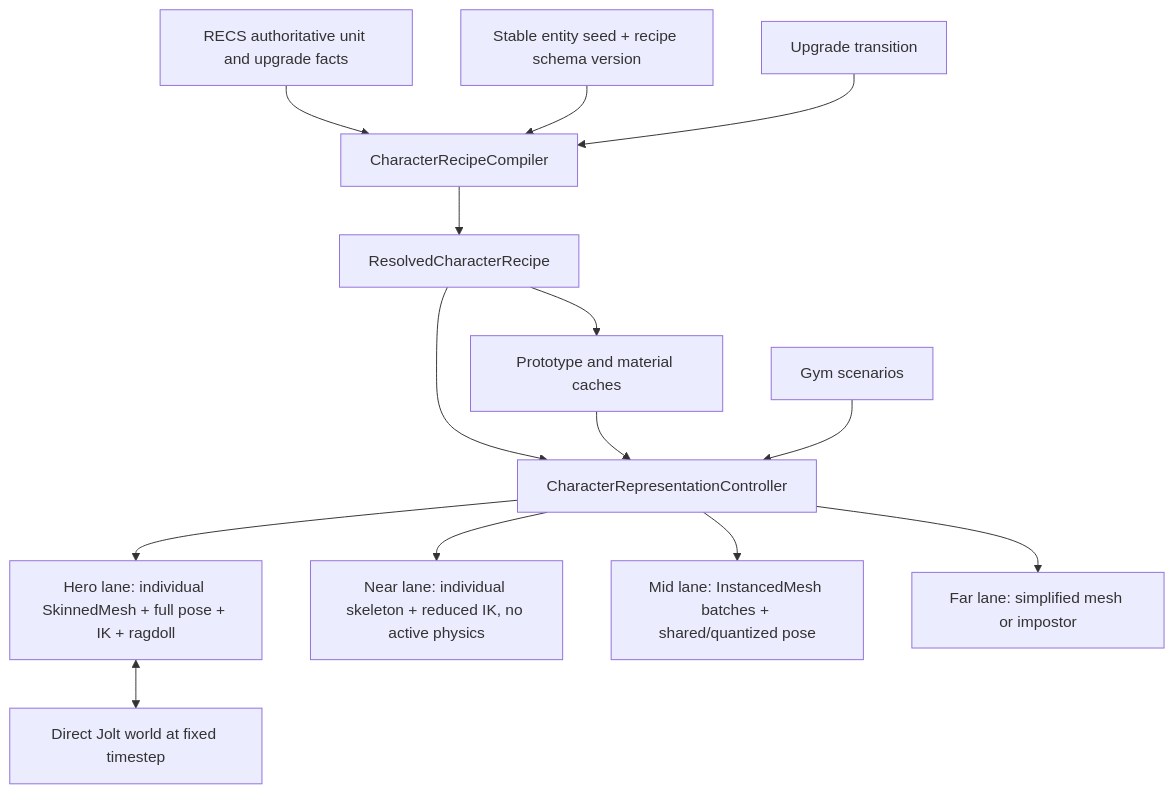
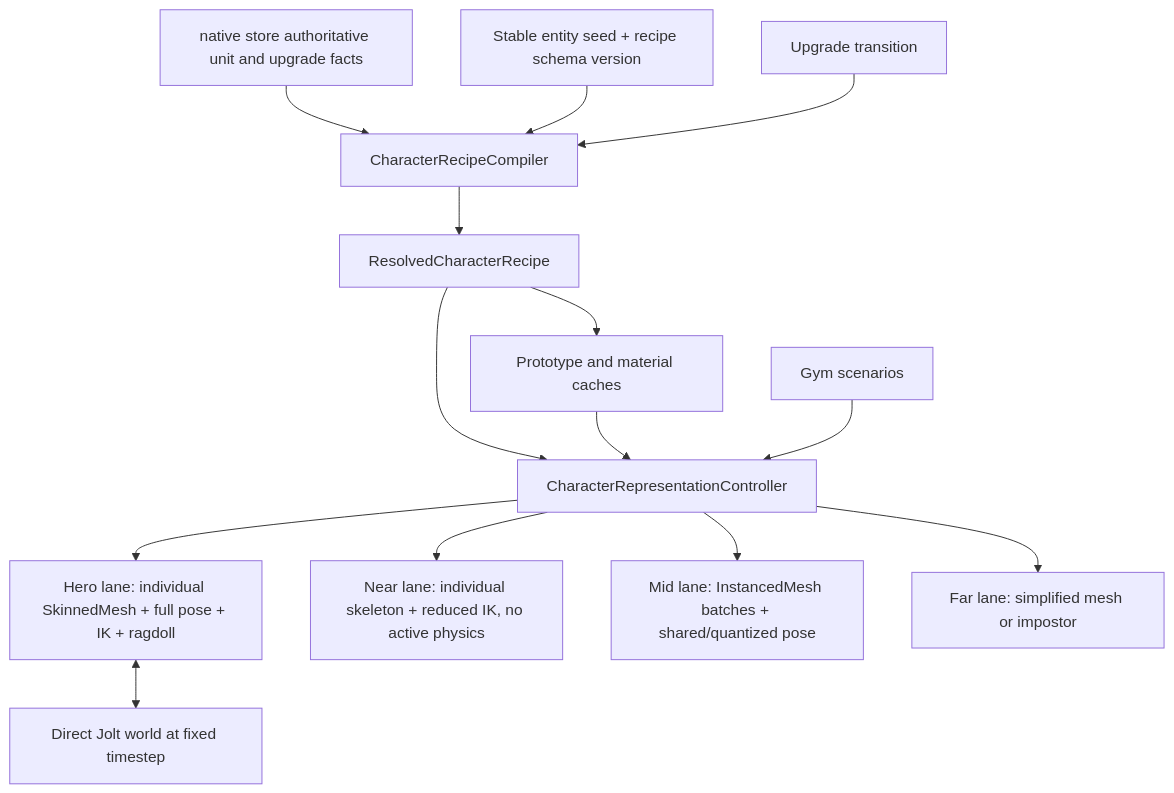
Before and after one commit to BibliothecaDAO/eternum: the diagram in docs/architecture/procedural-character-animation-research.md, drawn with Mermaid. The commit also changed other lines of this file and 69 other files, not shown here.

````diff
--- a/docs/architecture/procedural-character-animation-research.md
+++ b/docs/architecture/procedural-character-animation-research.md
@@ -106,16 +106,16 @@
 ```mermaid
 flowchart TD
-    A[RECS authoritative unit and upgrade facts] --> B[CharacterRecipeCompiler]
+    A[native store authoritative unit and upgrade facts] --> B[CharacterRecipeCompiler]
     C[Stable entity seed + recipe schema version] --> B
     B --> D[ResolvedCharacterRecipe]
     D --> E[Prototype and material caches]
     D --> F[CharacterRepresentationController]
     E --> F
     F --> G[Hero lane: individual SkinnedMesh + full pose + IK + ragdoll]
     F --> H[Near lane: individual skeleton + reduced IK, no active physics]
     F --> I[Mid lane: InstancedMesh batches + shared/quantized pose]
     F --> J[Far lane: simplified mesh or impostor]
     K[Upgrade transition] --> B
     L[Gym scenarios] --> F
     G <--> M[Direct Jolt world at fixed timestep]
 ```
````
